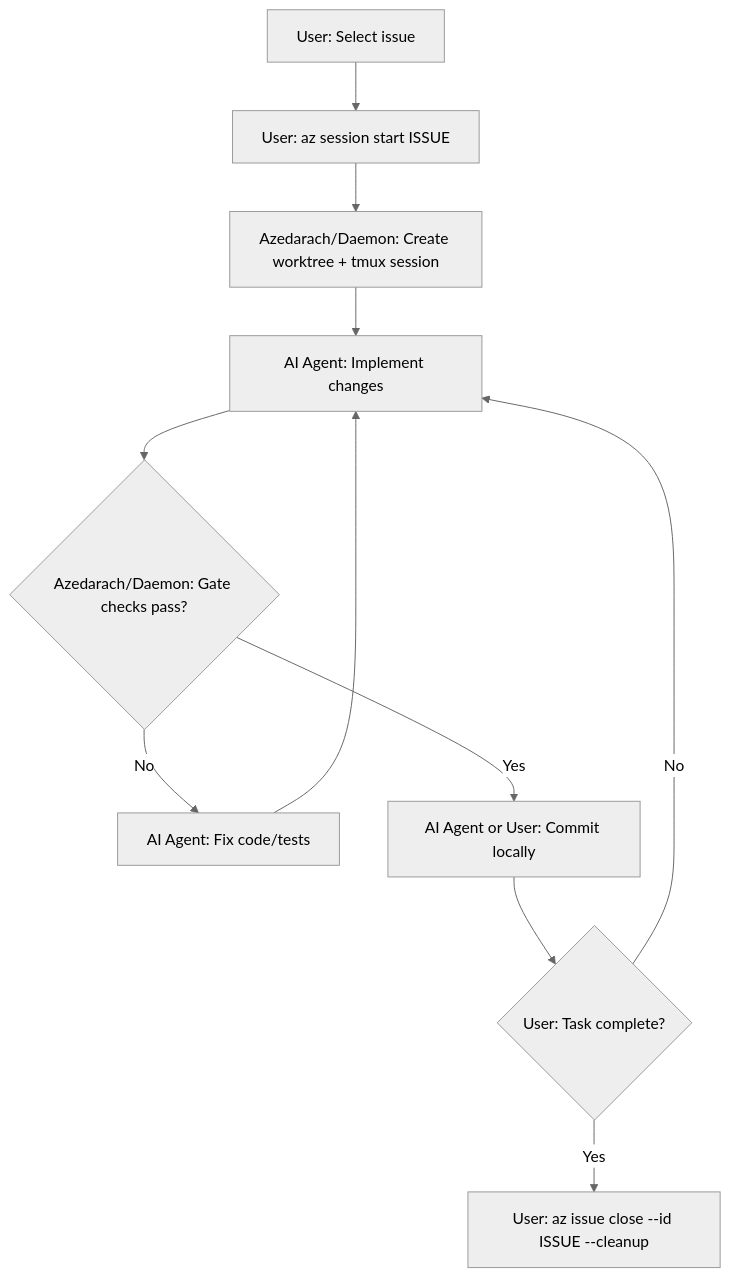
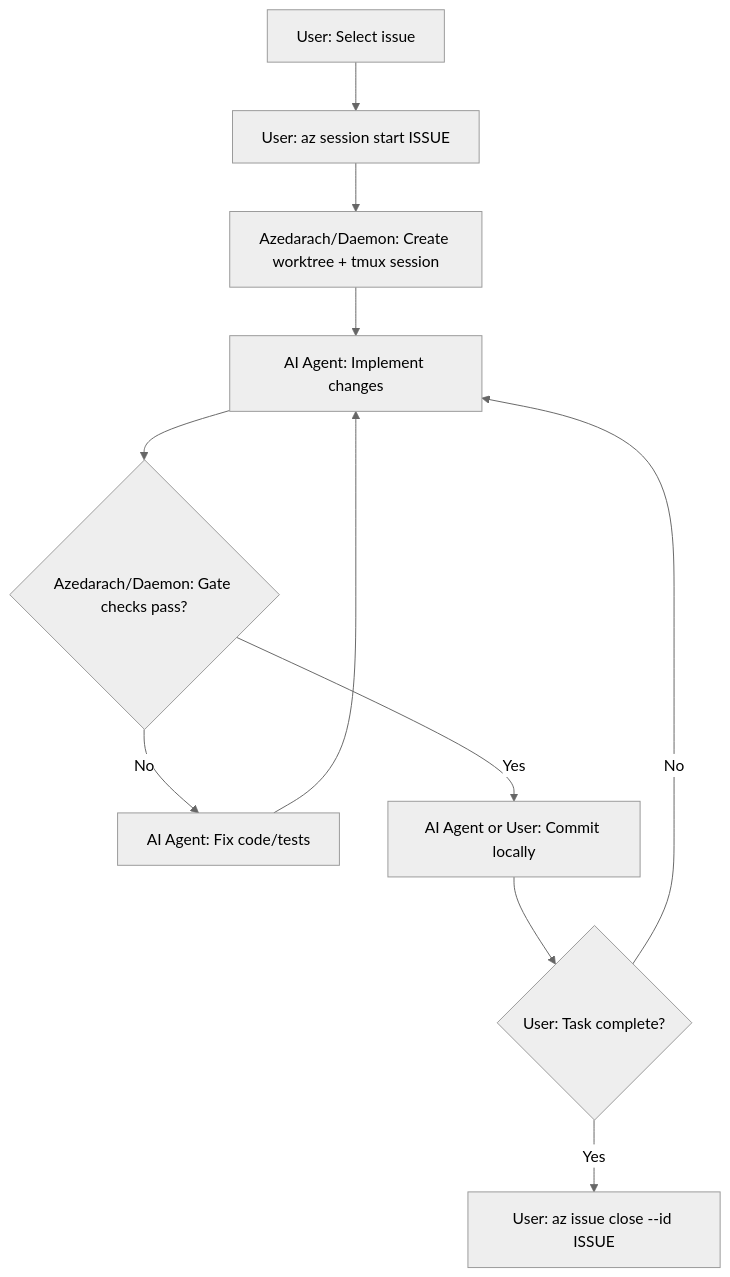
Before and after one commit to riordanpawley/azedarach: the fourth of 6 diagrams in README.md, drawn with Mermaid (neutral theme). The commit also changed other lines of this file and 16 other files, not shown here.

Commit message:
ckq: make close integrate before cleanup

````diff
--- a/README.md
+++ b/README.md
@@ -170,13 +170,13 @@
 ```mermaid
 flowchart TD
   A[User: Select issue] --> B[User: az session start ISSUE]
   B --> C[Azedarach/Daemon: Create worktree + tmux session]
   C --> D[AI Agent: Implement changes]
   D --> E{Azedarach/Daemon: Gate checks pass?}
   E -->|No| F[AI Agent: Fix code/tests]
   F --> D
   E -->|Yes| H[AI Agent or User: Commit locally]
   H --> I{User: Task complete?}
   I -->|No| D
-  I -->|Yes| J[User: az issue close --id ISSUE --cleanup]
+  I -->|Yes| J[User: az issue close --id ISSUE]
 ```
````
